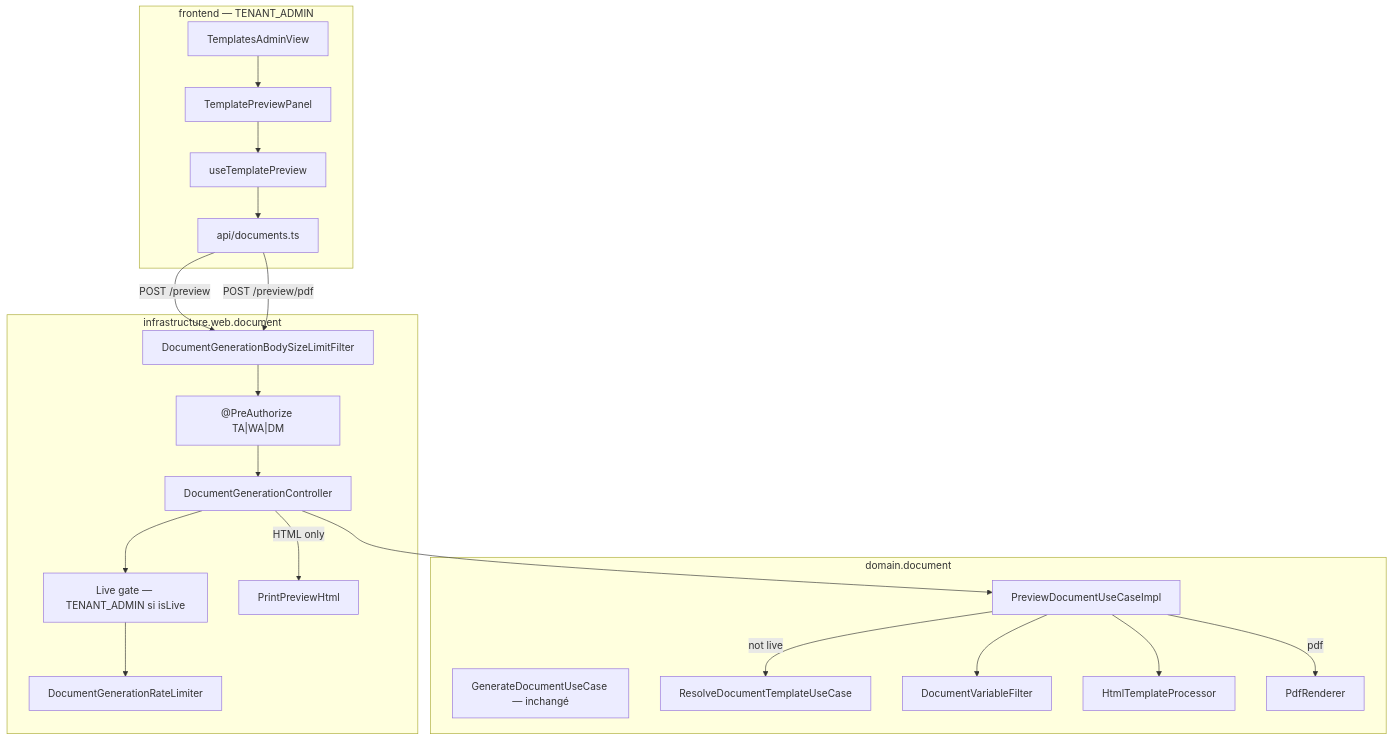
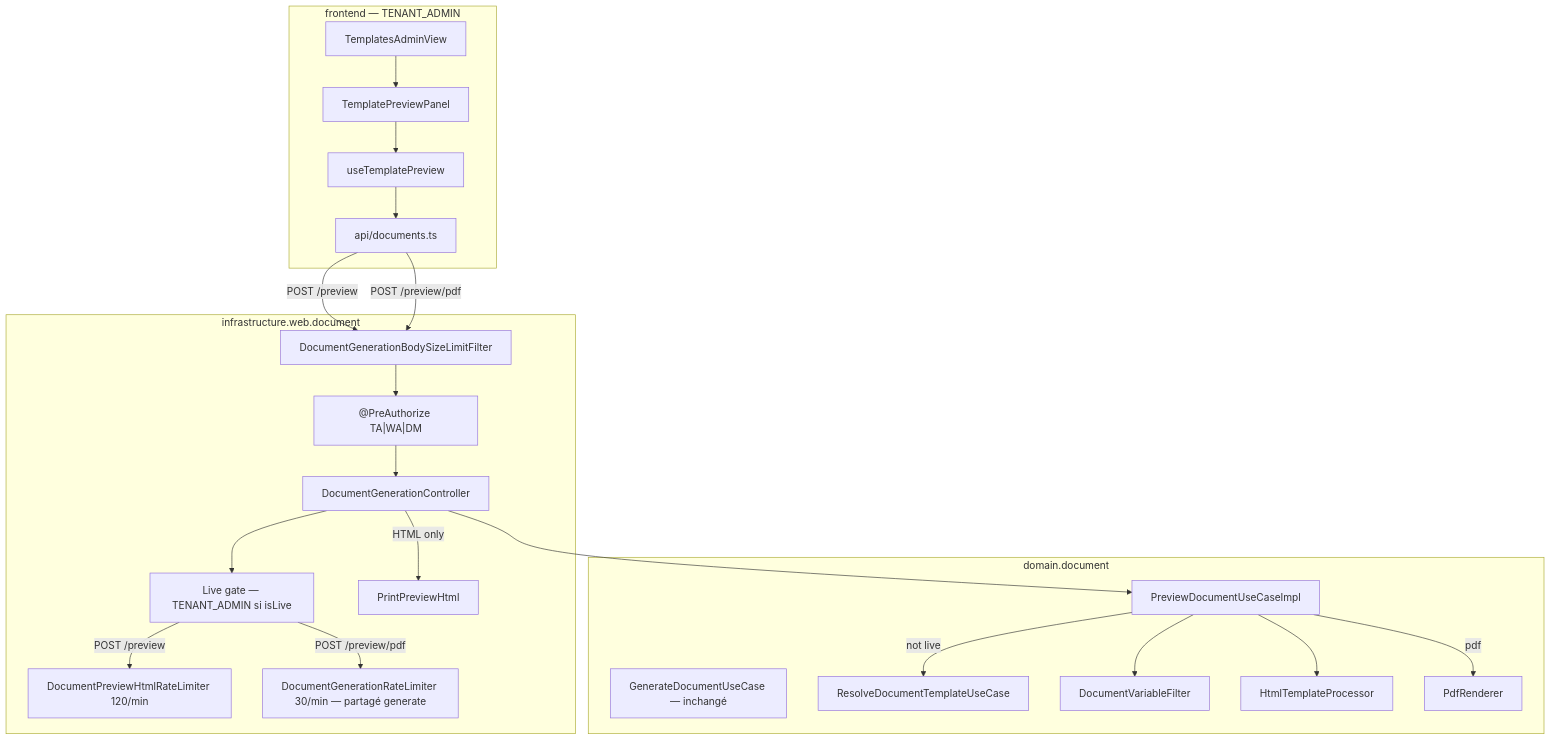
One commit to superjojo79/Myrmacta changed the diagram in docs/ai/design/2026-08-17-feature-preview-documents.md. Above: the diagram before and after it, drawn with Mermaid. The commit also changed other lines of this file and 4 other files, not shown here.

First line of the commit message:
docs(preview-documents): close Phase 3 — D-RATE-SPLIT option C

````diff
--- a/docs/ai/design/2026-08-17-feature-preview-documents.md
+++ b/docs/ai/design/2026-08-17-feature-preview-documents.md
@@ -22,42 +21,44 @@
 ```mermaid
 flowchart TB
   subgraph fe["frontend — TENANT_ADMIN"]
     View[TemplatesAdminView]
     Panel[TemplatePreviewPanel]
     Comp[useTemplatePreview]
     Api[api/documents.ts]
     View --> Panel
     Panel --> Comp
     Comp --> Api
   end
 
   subgraph web["infrastructure.web.document"]
     PreAuth["@PreAuthorize TA|WA|DM"]
     Gate["Live gate — TENANT_ADMIN si isLive"]
     Ctrl[DocumentGenerationController]
     Wrap[PrintPreviewHtml]
-    Limiter[DocumentGenerationRateLimiter]
+    LimiterHtml[DocumentPreviewHtmlRateLimiter 120/min]
+    LimiterPdf[DocumentGenerationRateLimiter 30/min — partagé generate]
     Size[DocumentGenerationBodySizeLimitFilter]
   end
 
   subgraph domain["domain.document"]
     PreviewUC[PreviewDocumentUseCaseImpl]
     GenUC[GenerateDocumentUseCase — inchangé]
     Resolve[ResolveDocumentTemplateUseCase]
     Filter[DocumentVariableFilter]
     HTP[HtmlTemplateProcessor]
     PDF[PdfRenderer]
   end
 
   Api -->|POST /preview| Size
   Api -->|POST /preview/pdf| Size
   Size --> PreAuth --> Ctrl
   Ctrl --> Gate
-  Gate --> Limiter
+  Gate -->|POST /preview| LimiterHtml
+  Gate -->|POST /preview/pdf| LimiterPdf
   Ctrl --> PreviewUC
   Ctrl -->|HTML only| Wrap
   PreviewUC -->|not live| Resolve
   PreviewUC --> Filter
   PreviewUC --> HTP
   PreviewUC -->|pdf| PDF
 ```
````
